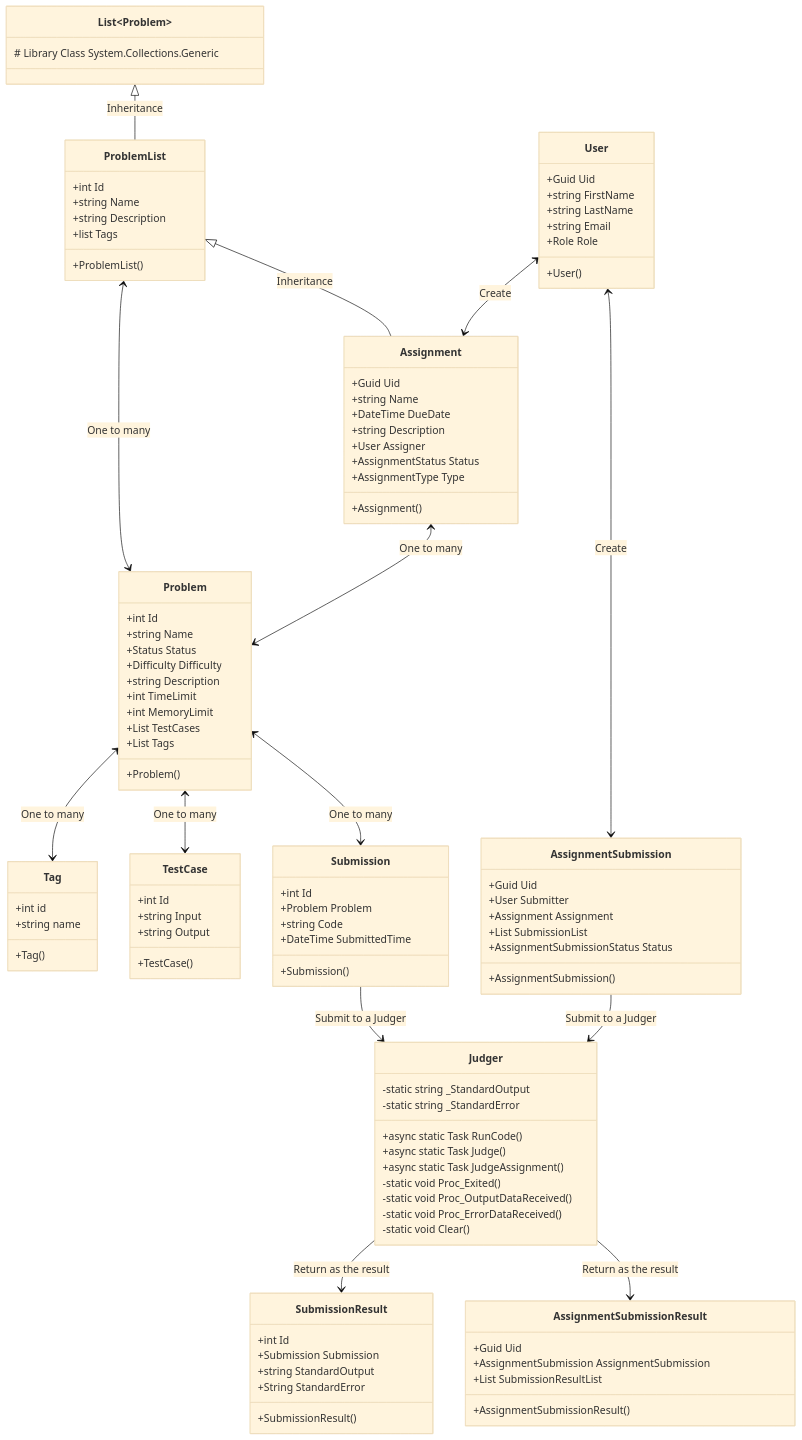
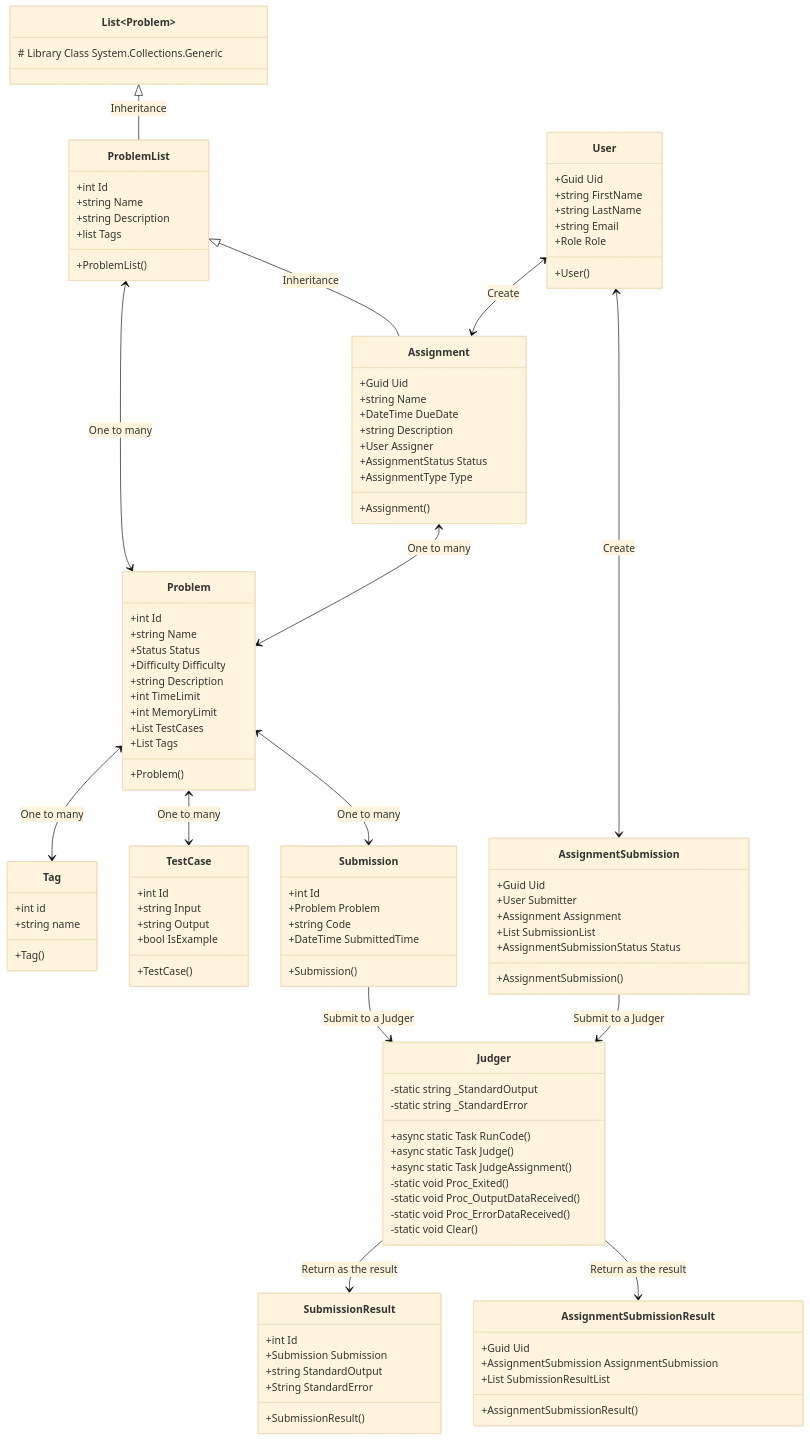
One commit to HEIGE-PCloud/Algorithm-Dynamics changed the diagram in report/graphs/classDiagram.mmd. Above: the diagram before and after it, drawn with Mermaid (base theme). The commit also changed 1169 other files, not shown here.

```diff
--- a/report/graphs/classDiagram.mmd
+++ b/report/graphs/classDiagram.mmd
@@ -1,104 +1,105 @@
 classDiagram
     class Tag{
         +int id
         +string name
         +Tag()
     }
     class TestCase{
         +int Id
         +string Input
         +string Output
+        +bool IsExample
         +TestCase()
     }
     class Problem{
         +int Id
         +string Name
         +Status Status
         +Difficulty Difficulty
         +string Description
         +int TimeLimit
         +int MemoryLimit
         +List<TestCase> TestCases
         +List<Tag> Tags
         +Problem()
     }
     class List~Problem~ {
         # Library Class System.Collections.Generic
     }
     class ProblemList{
         +int Id
         +string Name
         +string Description
         +list<Tag> Tags
         +ProblemList()
     }
     class Assignment{
         +Guid Uid
         +string Name
         +DateTime DueDate
         +string Description
         +User Assigner
         +AssignmentStatus Status
         +AssignmentType Type
         +Assignment()
     }
     class Submission{
         +int Id
         +Problem Problem
         +string Code
         +DateTime SubmittedTime
         +Submission()
     }
     class SubmissionResult{
         +int Id
         +Submission Submission
         +string StandardOutput
         +String StandardError
         +SubmissionResult()
     }
     class AssignmentSubmission{
         +Guid Uid
         +User Submitter
         +Assignment Assignment
         +List<Submission> SubmissionList
         +AssignmentSubmissionStatus Status
         +AssignmentSubmission()
     }
     class AssignmentSubmissionResult{
         +Guid Uid
         +AssignmentSubmission AssignmentSubmission
         +List<SubmissionResult> SubmissionResultList
         +AssignmentSubmissionResult()
     }
     class Judger{
         -static string _StandardOutput
         -static string _StandardError
         +async static Task<SubmissionResult> RunCode()
         +async static Task<SubmissionResult> Judge()
         +async static Task<AssignmentSubmission> JudgeAssignment()
         -static void Proc_Exited()
         -static void Proc_OutputDataReceived()
         -static void Proc_ErrorDataReceived()
         -static void Clear()
     }
     class User{
         +Guid Uid
         +string FirstName
         +string LastName
         +string Email
         +Role Role
         +User()
     }
     List <|-- ProblemList: Inheritance
     ProblemList <|-- Assignment: Inheritance
     Submission --> Judger: Submit to a Judger
     Judger -->  SubmissionResult: Return as the result
     Problem <--> Tag:One to many
     Problem <--> TestCase:One to many
     Problem <--> Submission:One to many
     ProblemList <--> Problem:One to many
     Assignment <--> Problem:One to many
     User <--> Assignment:Create
     User <--> AssignmentSubmission:Create
     AssignmentSubmission --> Judger: Submit to a Judger
     Judger -->  AssignmentSubmissionResult: Return as the result
```
